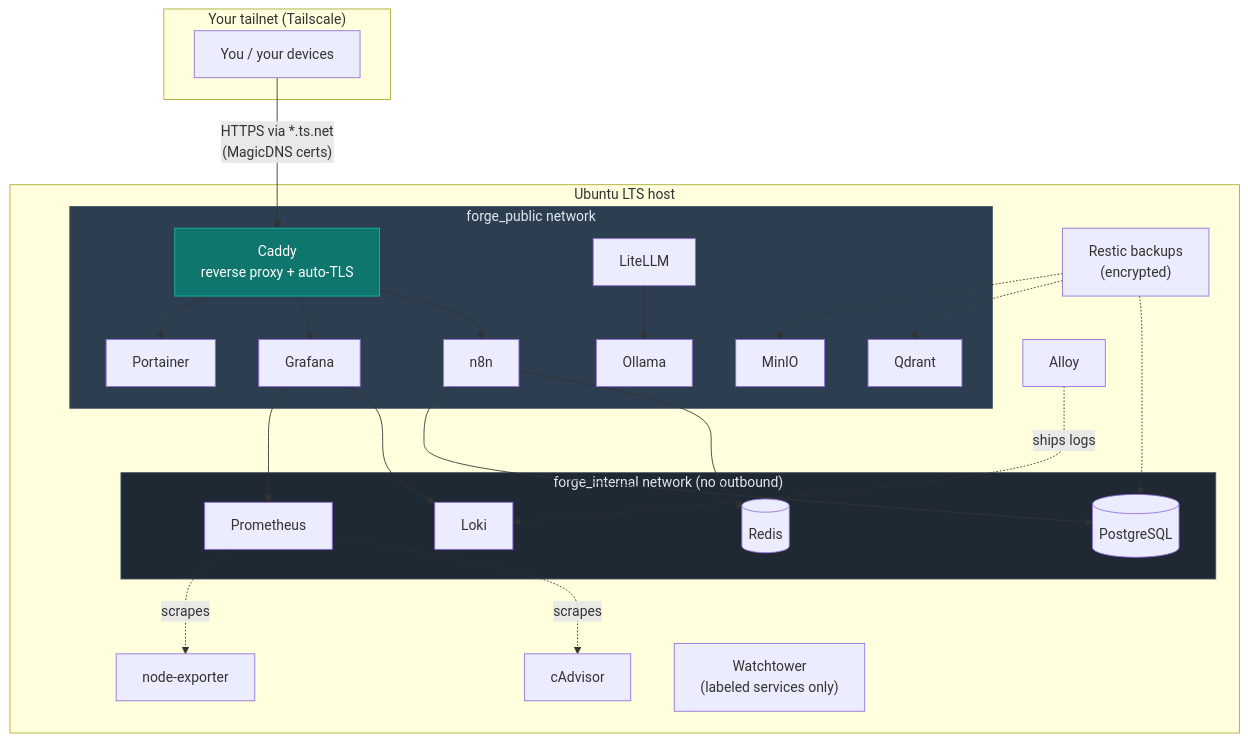
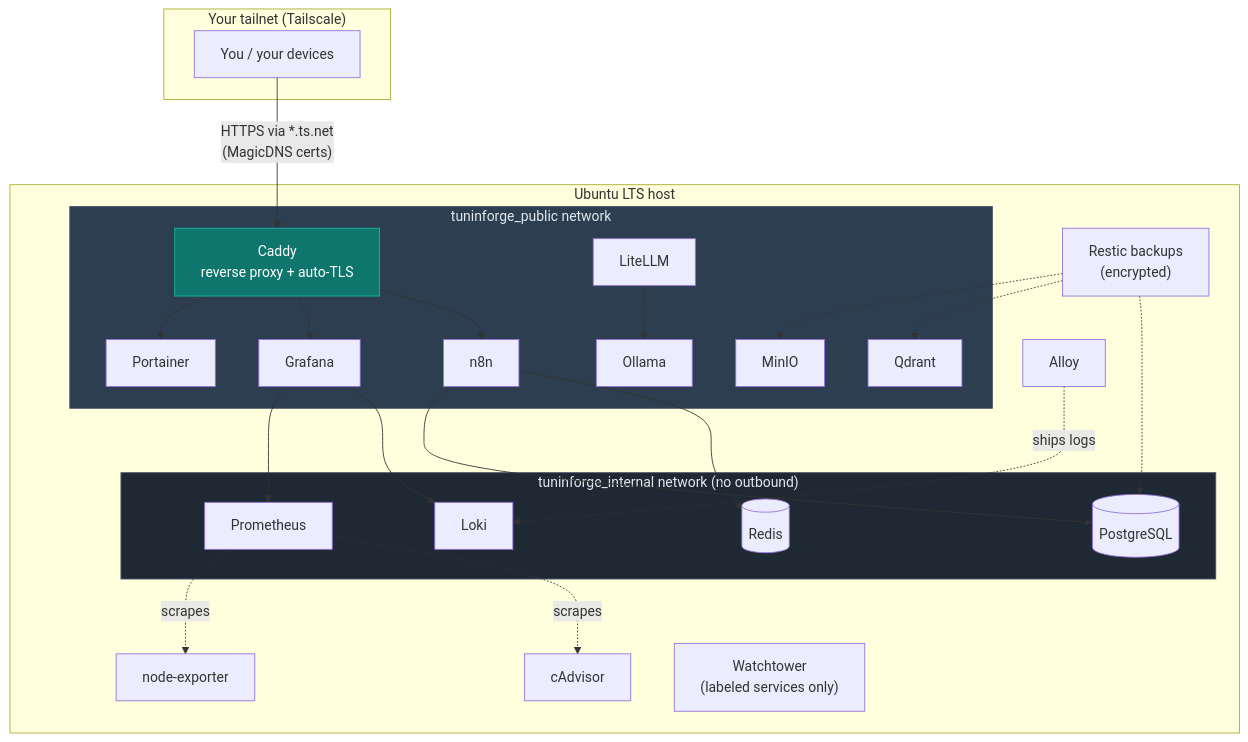
The diagram in README.md (coderhisham/homeforge-lab), drawn with Mermaid before and after one commit. The commit also changed other lines of this file and 82 other files, not shown here.

````diff
--- a/README.md
+++ b/README.md
@@ -163,41 +163,41 @@
 ```mermaid
 flowchart TB
     subgraph tailnet["Your tailnet (Tailscale)"]
         user["You / your devices"]
     end
 
     user -->|"HTTPS via *.ts.net<br/>(MagicDNS certs)"| caddy
 
     subgraph host["Ubuntu LTS host"]
-        subgraph pub["forge_public network"]
+        subgraph pub["tuninforge_public network"]
             caddy["Caddy<br/>reverse proxy + auto-TLS"]
             portainer["Portainer"]
             grafana["Grafana"]
             n8n["n8n"]
             minio["MinIO"]
             qdrant["Qdrant"]
             ollama["Ollama"]
             litellm["LiteLLM"]
         end
 
-        subgraph int["forge_internal network (no outbound)"]
+        subgraph int["tuninforge_internal network (no outbound)"]
             postgres[("PostgreSQL")]
             redis[("Redis")]
             prometheus["Prometheus"]
             loki["Loki"]
         end
 
         caddy --> portainer & grafana & n8n
         n8n --> postgres & redis
         litellm --> ollama
         grafana --> prometheus & loki
         prometheus -.scrapes.-> nodeexp["node-exporter"] & cadvisor["cAdvisor"]
         alloy["Alloy"] -.ships logs.-> loki
         watchtower["Watchtower<br/>(labeled services only)"]
         restic["Restic backups<br/>(encrypted)"] -.-> postgres & minio & qdrant
     end
 
     style int fill:#1f2933,stroke:#4a5568,color:#e2e8f0
     style pub fill:#2c3e50,stroke:#4a5568,color:#e2e8f0
     style caddy fill:#0f766e,stroke:#14b8a6,color:#fff
 ```
````
